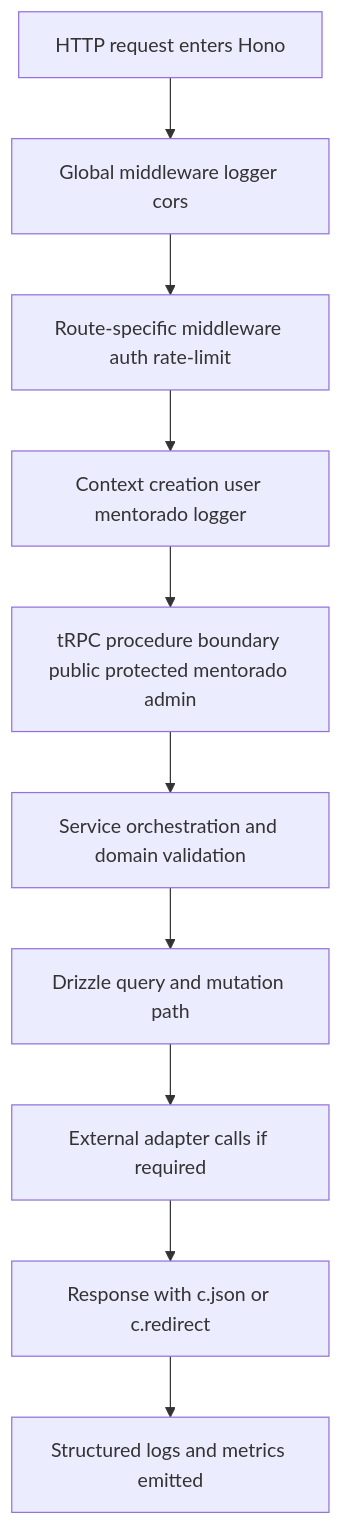
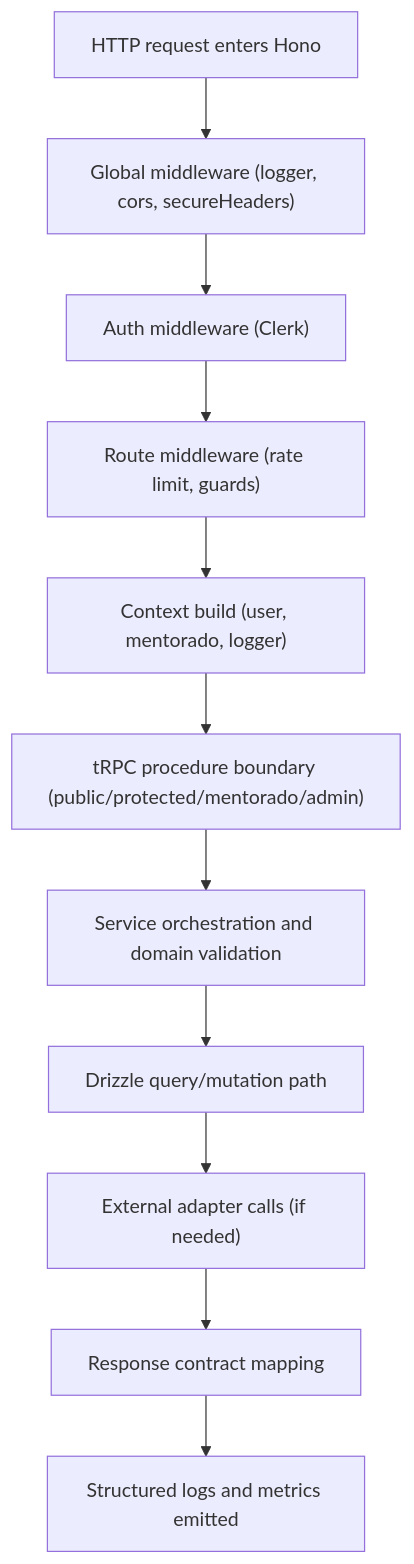
One commit to GrupoUS/gpus changed the first of 5 diagrams in .agent/skills/backend-design/references/request-lifecycle.md. Above: the diagram before and after it, drawn with Mermaid. The commit also changed other lines of this file and 58 other files, not shown here.

````diff
--- a/.agent/skills/backend-design/references/request-lifecycle.md
+++ b/.agent/skills/backend-design/references/request-lifecycle.md
@@ -7,12 +7,13 @@
 ```mermaid
 flowchart TD
-    A[HTTP request enters Hono] --> B[Global middleware logger cors]
-    B --> C[Route-specific middleware auth rate-limit]
-    C --> D[Context creation user mentorado logger]
-    D --> E[tRPC procedure boundary public protected mentorado admin]
-    E --> F[Service orchestration and domain validation]
-    F --> G[Drizzle query and mutation path]
-    G --> H[External adapter calls if required]
-    H --> I[Response with c.json or c.redirect]
-    I --> J[Structured logs and metrics emitted]
+    A["HTTP request enters Hono"] --> B["Global middleware (logger, cors, secureHeaders)"]
+    B --> C["Auth middleware (Clerk)"]
+    C --> D["Route middleware (rate limit, guards)"]
+    D --> E["Context build (user, mentorado, logger)"]
+    E --> F["tRPC procedure boundary (public/protected/mentorado/admin)"]
+    F --> G["Service orchestration and domain validation"]
+    G --> H["Drizzle query/mutation path"]
+    H --> I["External adapter calls (if needed)"]
+    I --> J["Response contract mapping"]
+    J --> K["Structured logs and metrics emitted"]
 ```
````
